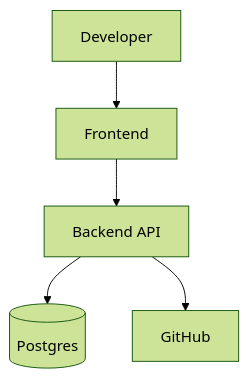
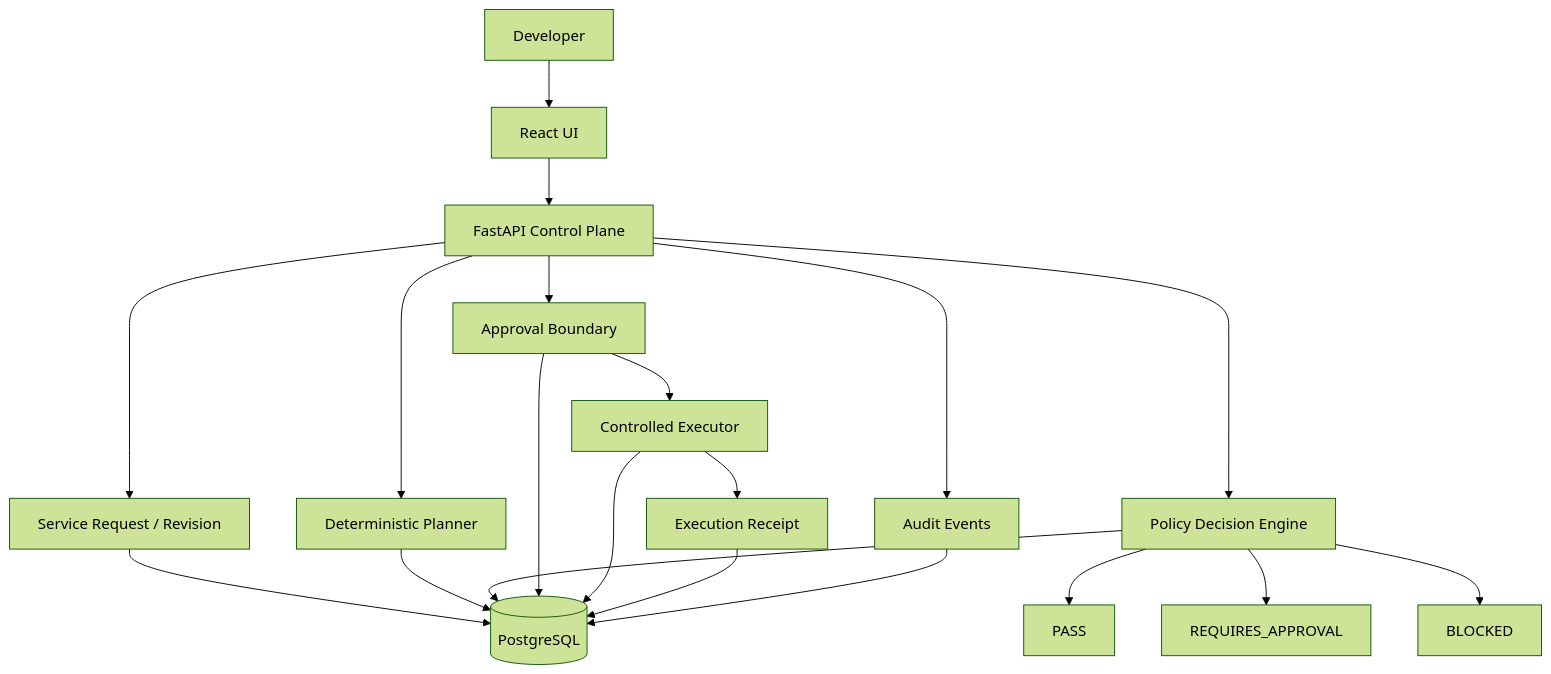
Before and after one commit to Lawrencechew/slipway: the diagram in docs/architecture.md, drawn with Mermaid (forest theme). The commit also changed other lines of this file and 3 other files, not shown here.

````diff
--- a/docs/architecture.md
+++ b/docs/architecture.md
@@ -35,11 +5,22 @@
 ```mermaid
 flowchart TD
-  Dev[Developer]
-  UI[Frontend]
-  API[Backend API]
-  DB[(Postgres)]
-  Git[GitHub]
-
-  Dev --> UI --> API --> DB
-  API --> Git
+    Dev[Developer] --> UI[React UI]
+    UI --> API[FastAPI Control Plane]
+    API --> Req[Service Request / Revision]
+    API --> Plan[Deterministic Planner]
+    API --> Policy[Policy Decision Engine]
+    Policy --> Pass[PASS]
+    Policy --> ReqApproval[REQUIRES_APPROVAL]
+    Policy --> Blocked[BLOCKED]
+    API --> Approval[Approval Boundary]
+    Approval --> Exec[Controlled Executor]
+    Exec --> Receipt[Execution Receipt]
+    API --> Audit[Audit Events]
+    Req --> DB[(PostgreSQL)]
+    Plan --> DB
+    Policy --> DB
+    Approval --> DB
+    Exec --> DB
+    Receipt --> DB
+    Audit --> DB
 ```
````
